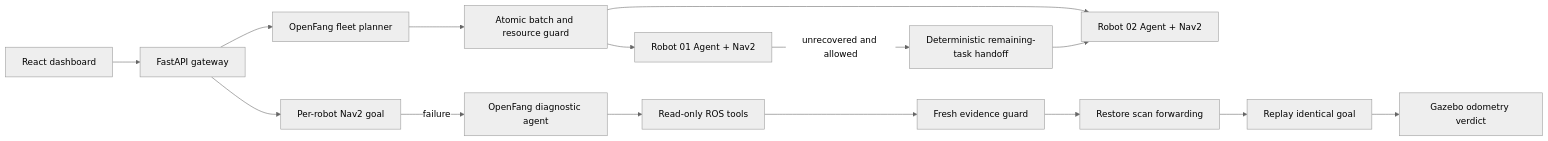
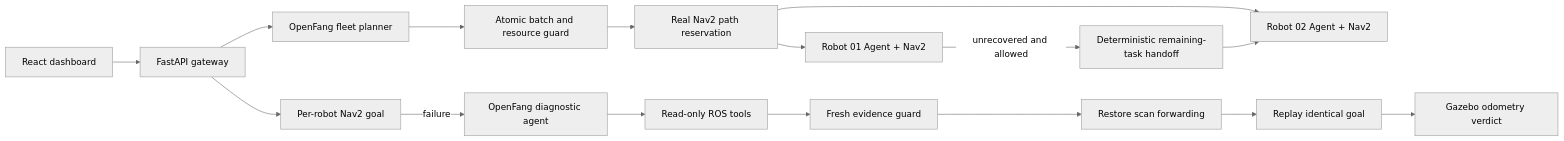
Before and after one commit to SeeWhy-star/robot-debug-lab: the diagram in README.md, drawn with Mermaid (neutral theme). The commit also changed other lines of this file and 14 other files, not shown here.

Commit message:
Add Nav2 path traffic reservations

````diff
--- a/README.md
+++ b/README.md
@@ -64,17 +66,18 @@
 ```mermaid
 flowchart LR
   UI[React dashboard] --> API[FastAPI gateway]
   API --> Fleet[OpenFang fleet planner]
   Fleet --> Guard0[Atomic batch and resource guard]
-  Guard0 --> R1[Robot 01 Agent + Nav2]
-  Guard0 --> R2[Robot 02 Agent + Nav2]
+  Guard0 --> Traffic[Real Nav2 path reservation]
+  Traffic --> R1[Robot 01 Agent + Nav2]
+  Traffic --> R2[Robot 02 Agent + Nav2]
   R1 -->|unrecovered and allowed| Handoff[Deterministic remaining-task handoff]
   Handoff --> R2
   API --> Nav2[Per-robot Nav2 goal]
   Nav2 -->|failure| Agent[OpenFang diagnostic agent]
   Agent --> Tools[Read-only ROS tools]
   Tools --> Guard[Fresh evidence guard]
   Guard --> Repair[Restore scan forwarding]
   Repair --> Replay[Replay identical goal]
   Replay --> Odom[Gazebo odometry verdict]
 ```
````
